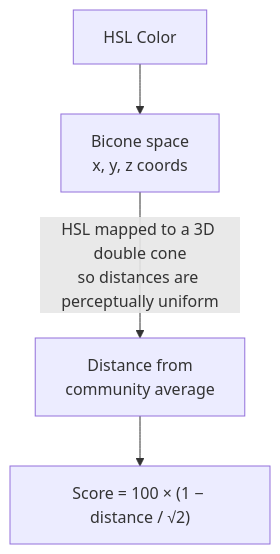
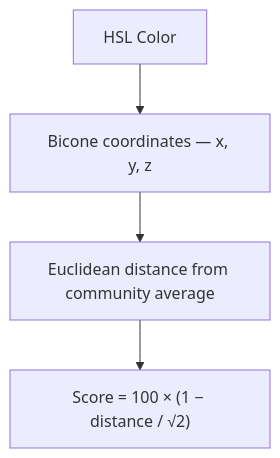
The fifth of 7 diagrams in docs/demo-guide.md (mcteamster/rgb), drawn with Mermaid before and after one commit. The commit also changed other lines of this file, not shown here.

Commit message:
docs: fix Mermaid line breaks, correct color wheel description, add bicone image

````diff
--- a/docs/demo-guide.md
+++ b/docs/demo-guide.md
@@ -90,6 +100,6 @@
 ```mermaid
 flowchart TD
-  HSL["HSL Color"] --> Bicone["Bicone space\nx, y, z coords"]
-  Bicone -->|"HSL mapped to a 3D double cone\nso distances are perceptually uniform"| Dist["Distance from\ncommunity average"]
+  HSL["HSL Color"] --> Bicone["Bicone coordinates — x, y, z"]
+  Bicone --> Dist["Euclidean distance from community average"]
   Dist --> Score["Score = 100 × (1 − distance / √2)"]
 ```
````
